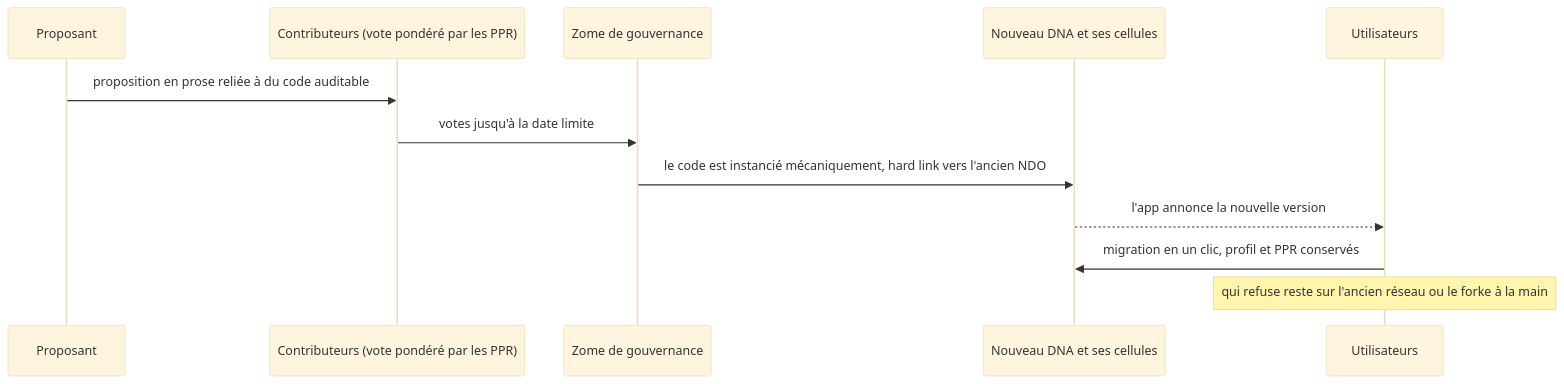
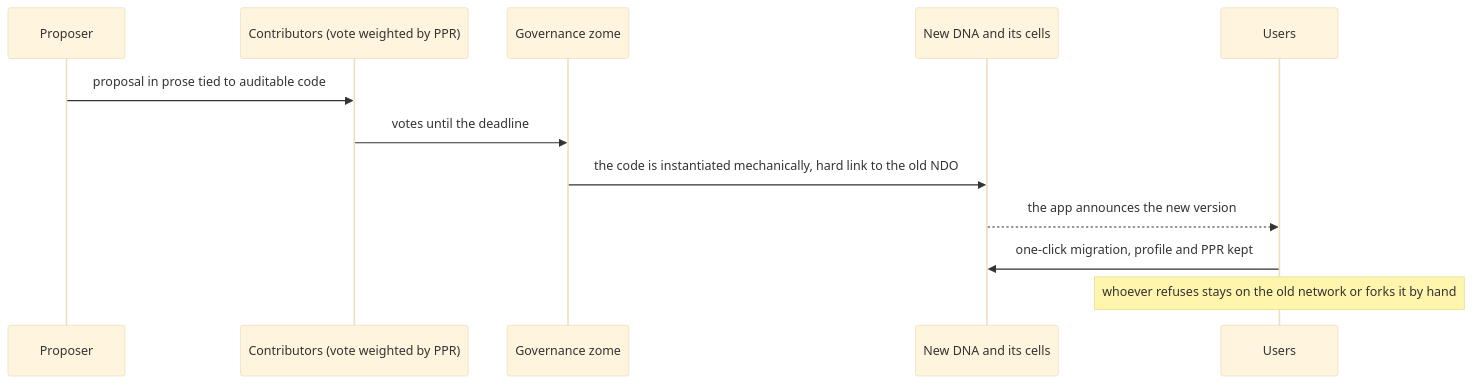
One commit to Sensorica/nondominium-design-system changed the second of 2 diagrams in content/meetings/2026-09-08-dev.md. Above: the diagram before and after it, drawn with Mermaid (base theme). The commit also changed other lines of this file and 14 other files, not shown here.

````diff
--- a/content/meetings/2026-09-08-dev.md
+++ b/content/meetings/2026-09-08-dev.md
@@ -59,15 +60,15 @@
 ```mermaid
-%% caption: Le vote instancie le changement : du code proposé au nouveau réseau, sans intervention humaine entre le vote et l'instanciation
+%% caption: The vote instantiates the change: from proposed code to the new network, with no human intervention between the vote and the instantiation
 sequenceDiagram
-  participant Pr as Proposant
-  participant C as Contributeurs (vote pondéré par les PPR)
-  participant Z as Zome de gouvernance
-  participant N as Nouveau DNA et ses cellules
-  participant U as Utilisateurs
-  Pr->>C: proposition en prose reliée à du code auditable
-  C->>Z: votes jusqu'à la date limite
-  Z->>N: le code est instancié mécaniquement, hard link vers l'ancien NDO
-  N-->>U: l'app annonce la nouvelle version
-  U->>N: migration en un clic, profil et PPR conservés
-  Note over U: qui refuse reste sur l'ancien réseau ou le forke à la main
+  participant Pr as Proposer
+  participant C as Contributors (vote weighted by PPR)
+  participant Z as Governance zome
+  participant N as New DNA and its cells
+  participant U as Users
+  Pr->>C: proposal in prose tied to auditable code
+  C->>Z: votes until the deadline
+  Z->>N: the code is instantiated mechanically, hard link to the old NDO
+  N-->>U: the app announces the new version
+  U->>N: one-click migration, profile and PPR kept
+  Note over U: whoever refuses stays on the old network or forks it by hand
 ```
````
